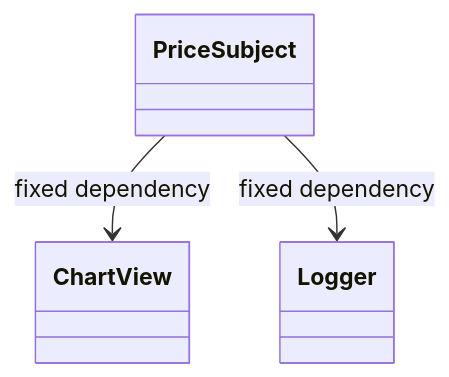
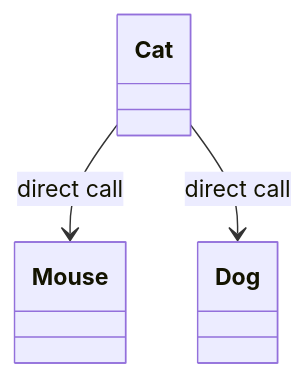
One commit to Akiyama-sama/Akiyama-blog changed the third of 3 diagrams in content/Random/观察者模式.md. Above: the diagram before and after it, drawn with Mermaid. The commit also changed other lines of this file and 2 other files, not shown here.

````diff
--- a/content/Random/观察者模式.md
+++ b/content/Random/观察者模式.md
@@ -268,8 +305,8 @@
 ```mermaid
 classDiagram
-    class PriceSubject
-    class ChartView
-    class Logger
-    PriceSubject --> ChartView : fixed dependency
-    PriceSubject --> Logger : fixed dependency
+    class Cat
+    class Mouse
+    class Dog
+    Cat --> Mouse : direct call
+    Cat --> Dog : direct call
 ```
````
